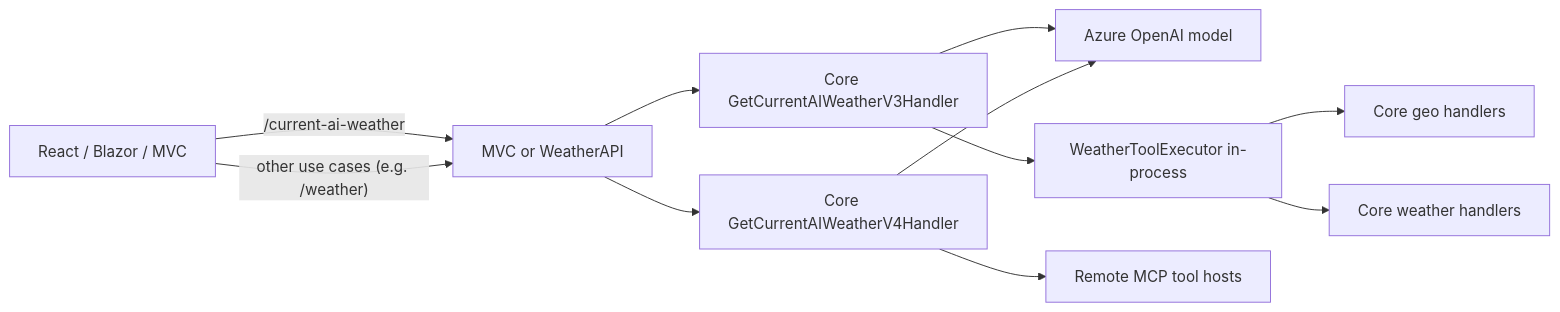
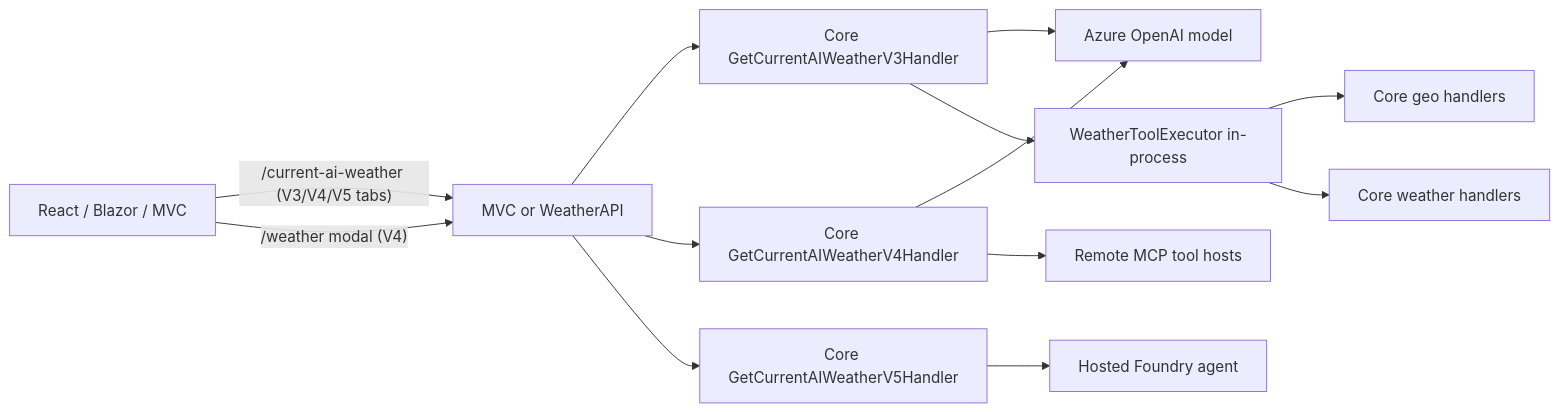
One commit to dustinkorzaan/weather-1116 changed the second of 2 diagrams in docs/architecture.md. Above: the diagram before and after it, drawn with Mermaid. The commit also changed other lines of this file and 21 other files, not shown here.

First line of the commit message:
Add AI weather V5 (hosted Foundry agent) + 3-tab UI (#235)

````diff
--- a/docs/architecture.md
+++ b/docs/architecture.md
@@ -125,23 +139,27 @@
 ```mermaid
 flowchart LR
   UI[React / Blazor / MVC]
   API[MVC or WeatherAPI]
   V3[Core GetCurrentAIWeatherV3Handler]
   V4[Core GetCurrentAIWeatherV4Handler]
+  V5[Core GetCurrentAIWeatherV5Handler]
   Model[Azure OpenAI model]
+  Agent[Hosted Foundry agent]
   Tools[WeatherToolExecutor in-process]
   Mcp[Remote MCP tool hosts]
   CoreGeo[Core geo handlers]
   CoreWx[Core weather handlers]
 
-  UI -- "/current-ai-weather" --> API
-  UI -- "other use cases (e.g. /weather)" --> API
+  UI -- "/current-ai-weather (V3/V4/V5 tabs)" --> API
+  UI -- "/weather modal (V4)" --> API
   API --> V3
   API --> V4
+  API --> V5
   V3 --> Model
   V3 --> Tools
   Tools --> CoreGeo
   Tools --> CoreWx
   V4 --> Model
   V4 --> Mcp
+  V5 --> Agent
 ```
````
